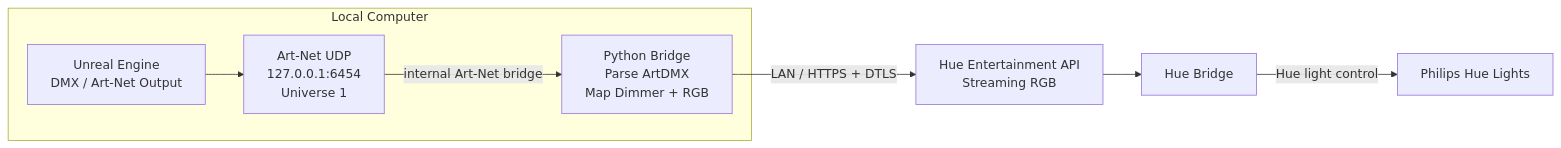
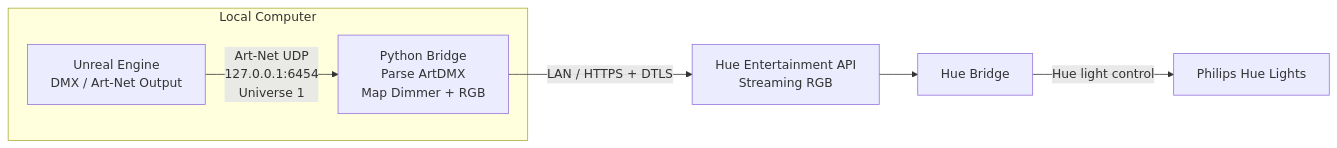
One commit to DazaiStudio/unreal-hue-ibl changed the diagram in docs/communication-workflow.md. Above: the diagram before and after it, drawn with Mermaid. The commit also changed other lines of this file and 3 other files, not shown here.

````diff
--- a/docs/communication-workflow.md
+++ b/docs/communication-workflow.md
@@ -11,18 +11,16 @@
 ```mermaid
 flowchart LR
   subgraph LOCAL[Local Computer]
     UE[Unreal Engine<br/>DMX / Art-Net Output]
-    ARTNET[Art-Net UDP<br/>127.0.0.1:6454<br/>Universe 1]
     PY[Python Bridge<br/>Parse ArtDMX<br/>Map Dimmer + RGB]
   end
 
   API[Hue Entertainment API<br/>Streaming RGB]
   BRIDGE[Hue Bridge]
   LIGHTS[Philips Hue Lights]
 
-  UE --> ARTNET
-  ARTNET -->|internal Art-Net bridge| PY
+  UE -->|Art-Net UDP<br/>127.0.0.1:6454<br/>Universe 1| PY
   PY -->|LAN / HTTPS + DTLS| API
   API --> BRIDGE
   BRIDGE -->|Hue light control| LIGHTS
 ```
````
